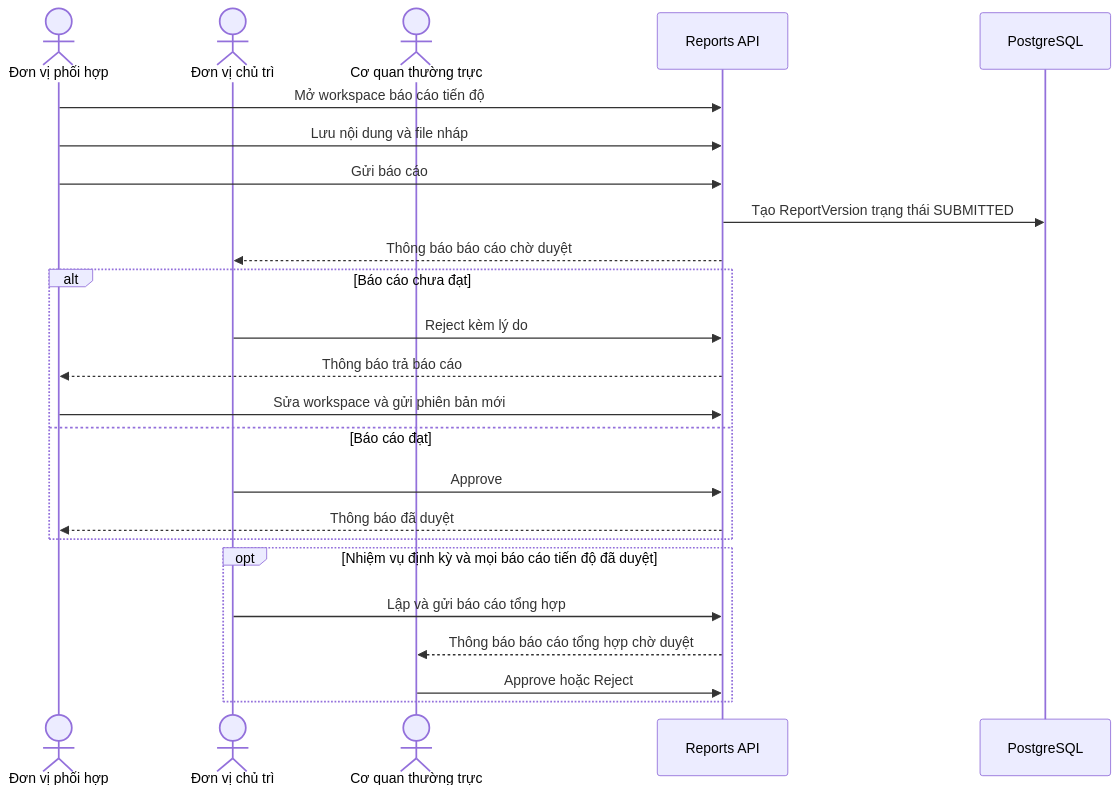
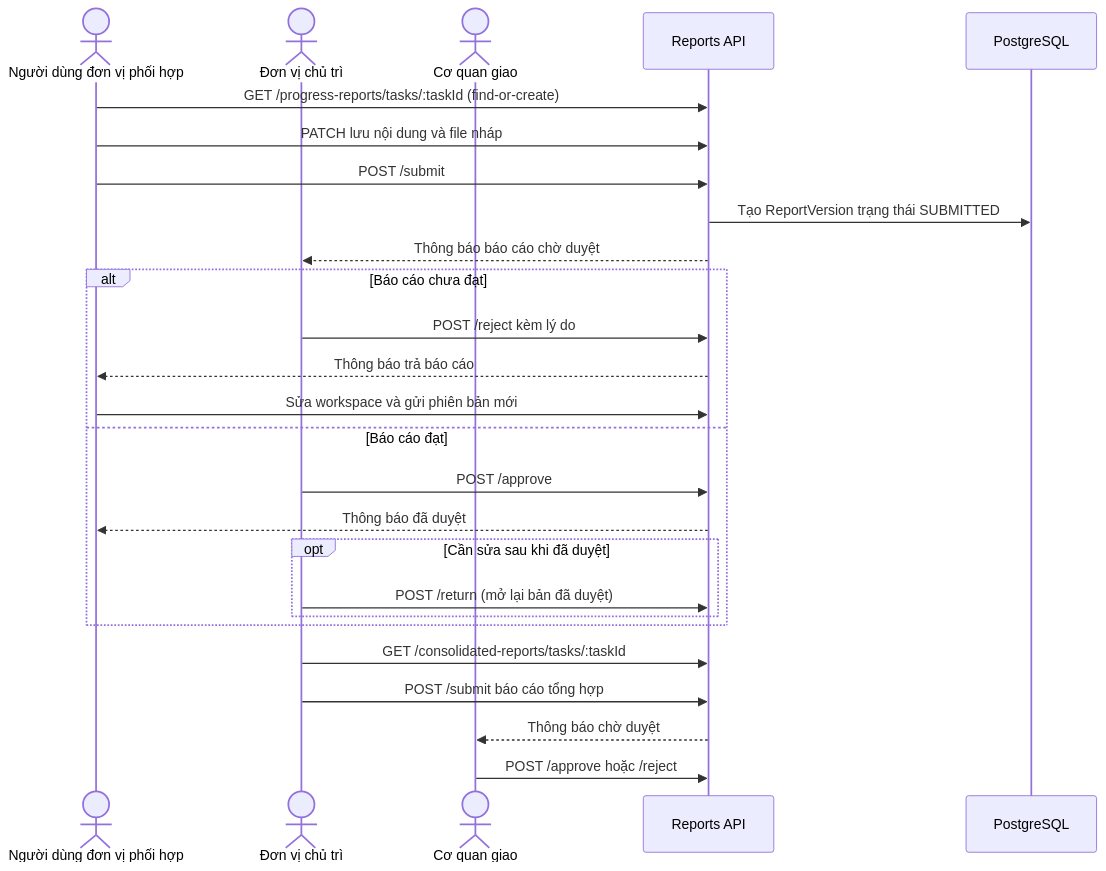
The second of 5 diagrams in docs/backend-architecture.md (tuyennd99/cham-diem-ocop), drawn with Mermaid before and after one commit. The commit also changed other lines of this file and 8 other files, not shown here.

First line of the commit message:
docs(be): architecture reflects per-task organization assignment

````diff
--- a/docs/backend-architecture.md
+++ b/docs/backend-architecture.md
@@ -88,29 +128,31 @@
 ```mermaid
 sequenceDiagram
-    actor PH as Đơn vị phối hợp
+    actor PH as Người dùng đơn vị phối hợp
     actor CT as Đơn vị chủ trì
-    actor TT as Cơ quan thường trực
+    actor CQG as Cơ quan giao
     participant API as Reports API
     participant DB as PostgreSQL
 
-    PH->>API: Mở workspace báo cáo tiến độ
-    PH->>API: Lưu nội dung và file nháp
-    PH->>API: Gửi báo cáo
+    PH->>API: GET /progress-reports/tasks/:taskId (find-or-create)
+    PH->>API: PATCH lưu nội dung và file nháp
+    PH->>API: POST /submit
     API->>DB: Tạo ReportVersion trạng thái SUBMITTED
     API-->>CT: Thông báo báo cáo chờ duyệt
 
     alt Báo cáo chưa đạt
-        CT->>API: Reject kèm lý do
+        CT->>API: POST /reject kèm lý do
         API-->>PH: Thông báo trả báo cáo
         PH->>API: Sửa workspace và gửi phiên bản mới
     else Báo cáo đạt
-        CT->>API: Approve
+        CT->>API: POST /approve
         API-->>PH: Thông báo đã duyệt
+        opt Cần sửa sau khi đã duyệt
+            CT->>API: POST /return (mở lại bản đã duyệt)
+        end
     end
 
-    opt Nhiệm vụ định kỳ và mọi báo cáo tiến độ đã duyệt
-        CT->>API: Lập và gửi báo cáo tổng hợp
-        API-->>TT: Thông báo báo cáo tổng hợp chờ duyệt
-        TT->>API: Approve hoặc Reject
-    end
+    CT->>API: GET /consolidated-reports/tasks/:taskId
+    CT->>API: POST /submit báo cáo tổng hợp
+    API-->>CQG: Thông báo chờ duyệt
+    CQG->>API: POST /approve hoặc /reject
 ```
````
